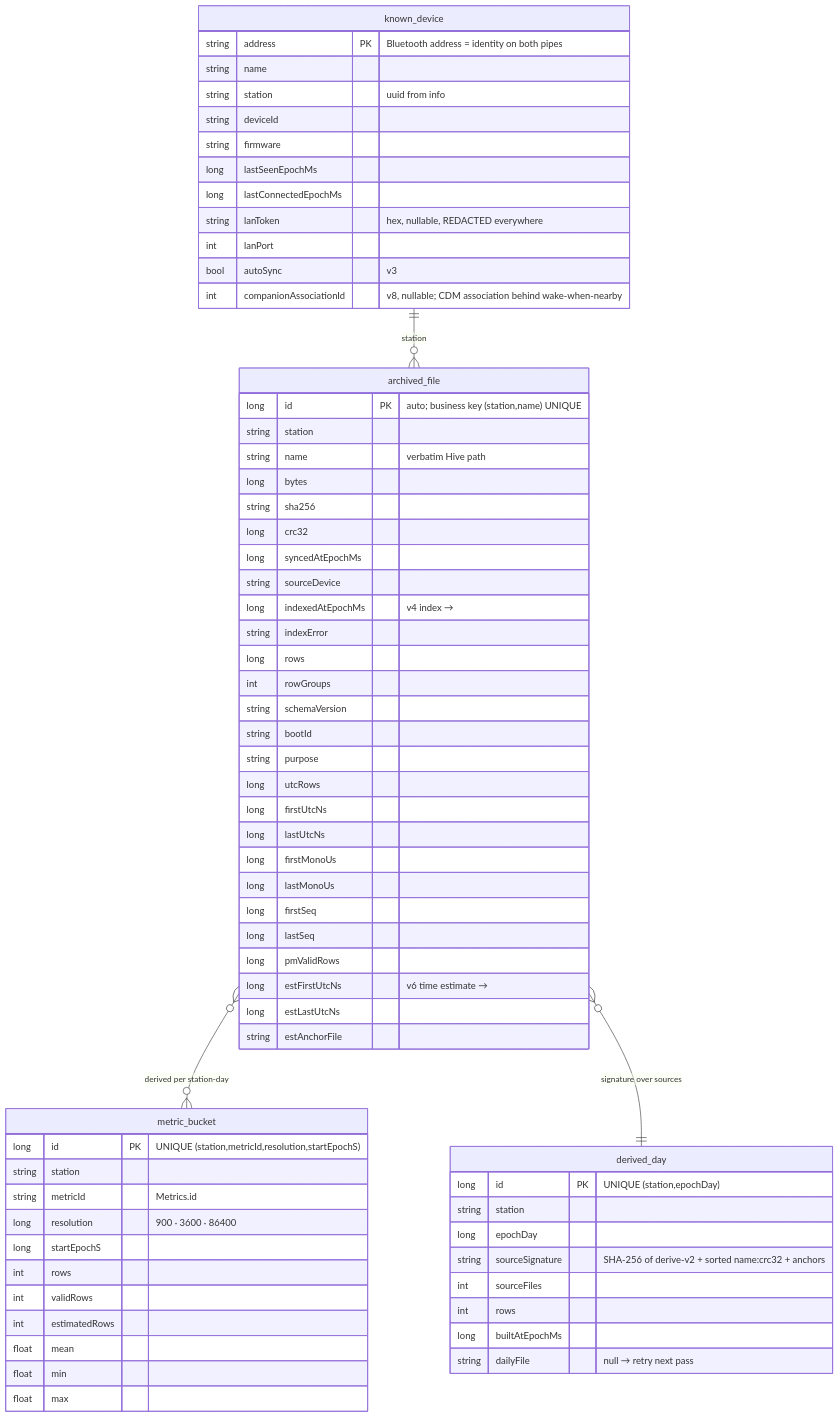
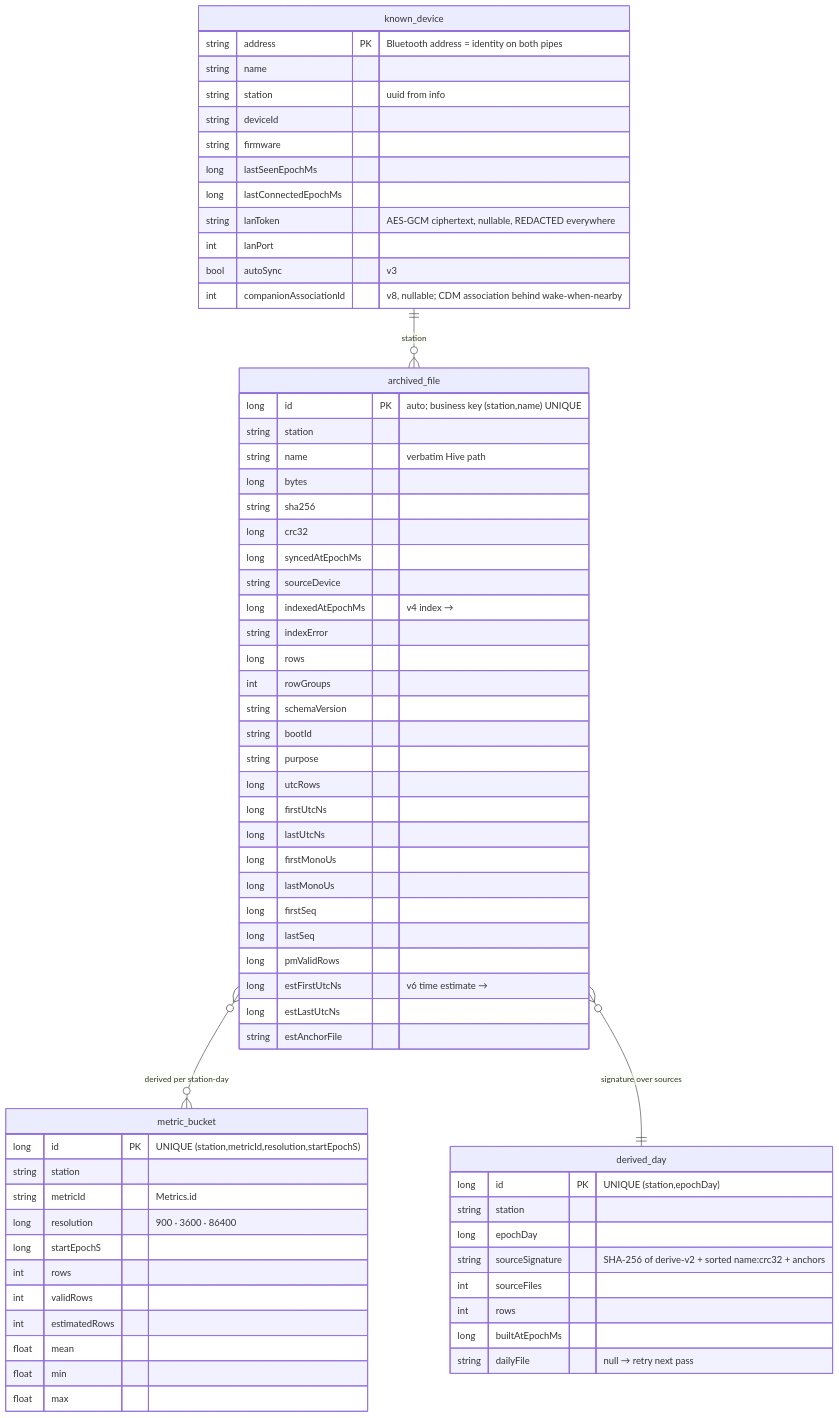
The first of 2 diagrams in docs/data-model.md (walkthru-earth/opensensor-space-mobile), drawn with Mermaid before and after one commit. The commit also changed other lines of this file and 29 other files, not shown here.

````diff
--- a/docs/data-model.md
+++ b/docs/data-model.md
@@ -9,70 +9,70 @@
 ```mermaid
 erDiagram
   known_device {
     string address PK "Bluetooth address = identity on both pipes"
     string name
     string station "uuid from info"
     string deviceId
     string firmware
     long lastSeenEpochMs
     long lastConnectedEpochMs
-    string lanToken "hex, nullable, REDACTED everywhere"
+    string lanToken "AES-GCM ciphertext, nullable, REDACTED everywhere"
     int lanPort
     bool autoSync "v3"
     int companionAssociationId "v8, nullable; CDM association behind wake-when-nearby"
   }
   archived_file {
     long id PK "auto; business key (station,name) UNIQUE"
     string station
     string name "verbatim Hive path"
     long bytes
     string sha256
     long crc32
     long syncedAtEpochMs
     string sourceDevice
     long indexedAtEpochMs "v4 index →"
     string indexError
     long rows
     int rowGroups
     string schemaVersion
     string bootId
     string purpose
     long utcRows
     long firstUtcNs
     long lastUtcNs
     long firstMonoUs
     long lastMonoUs
     long firstSeq
     long lastSeq
     long pmValidRows
     long estFirstUtcNs "v6 time estimate →"
     long estLastUtcNs
     string estAnchorFile
   }
   metric_bucket {
     long id PK "UNIQUE (station,metricId,resolution,startEpochS)"
     string station
     string metricId "Metrics.id"
     long resolution "900 · 3600 · 86400"
     long startEpochS
     int rows
     int validRows
     int estimatedRows
     float mean
     float min
     float max
   }
   derived_day {
     long id PK "UNIQUE (station,epochDay)"
     string station
     long epochDay
     string sourceSignature "SHA-256 of derive-v2 + sorted name:crc32 + anchors"
     int sourceFiles
     int rows
     long builtAtEpochMs
     string dailyFile "null → retry next pass"
   }
   known_device ||--o{ archived_file : "station"
   archived_file }o--o{ metric_bucket : "derived per station-day"
   archived_file }o--|| derived_day : "signature over sources"
 ```
````
